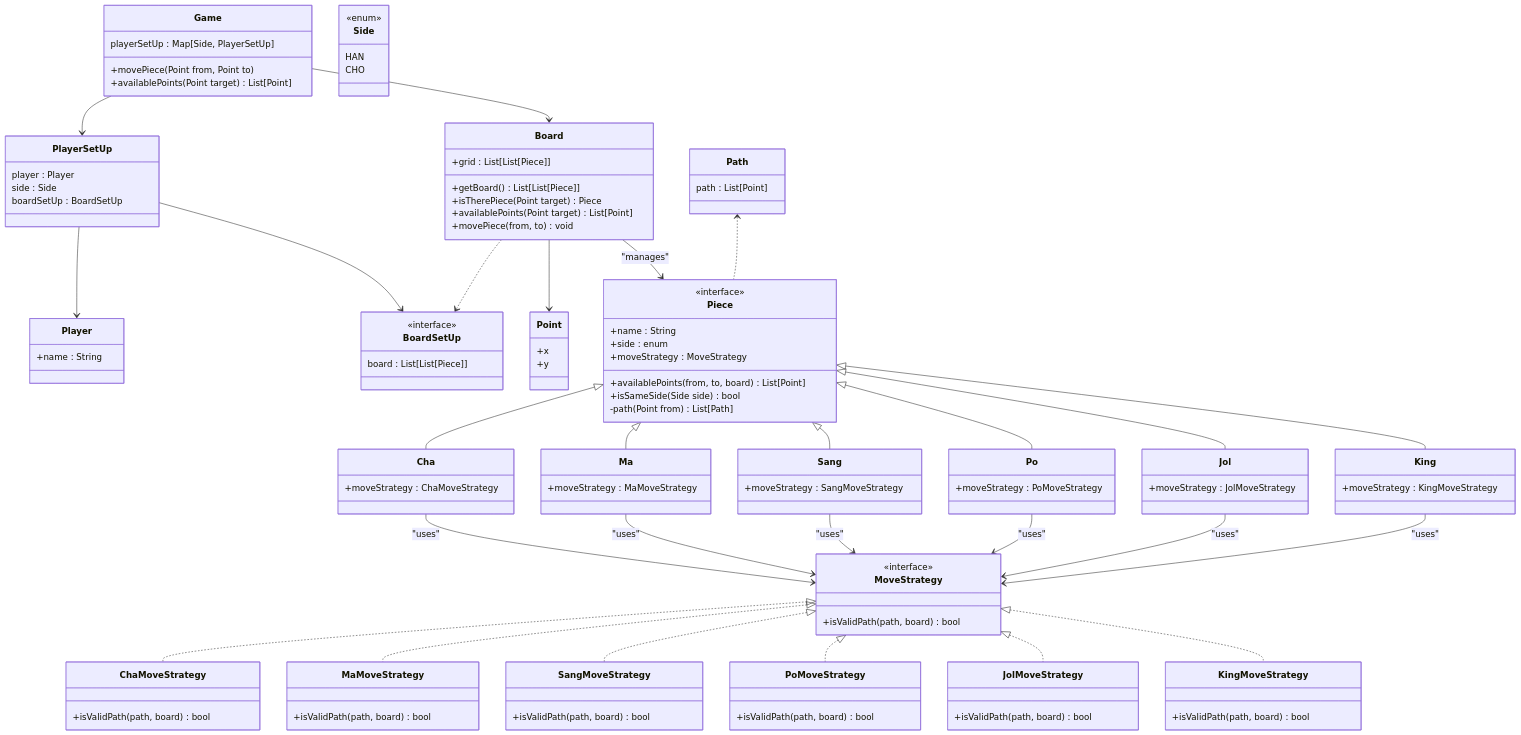
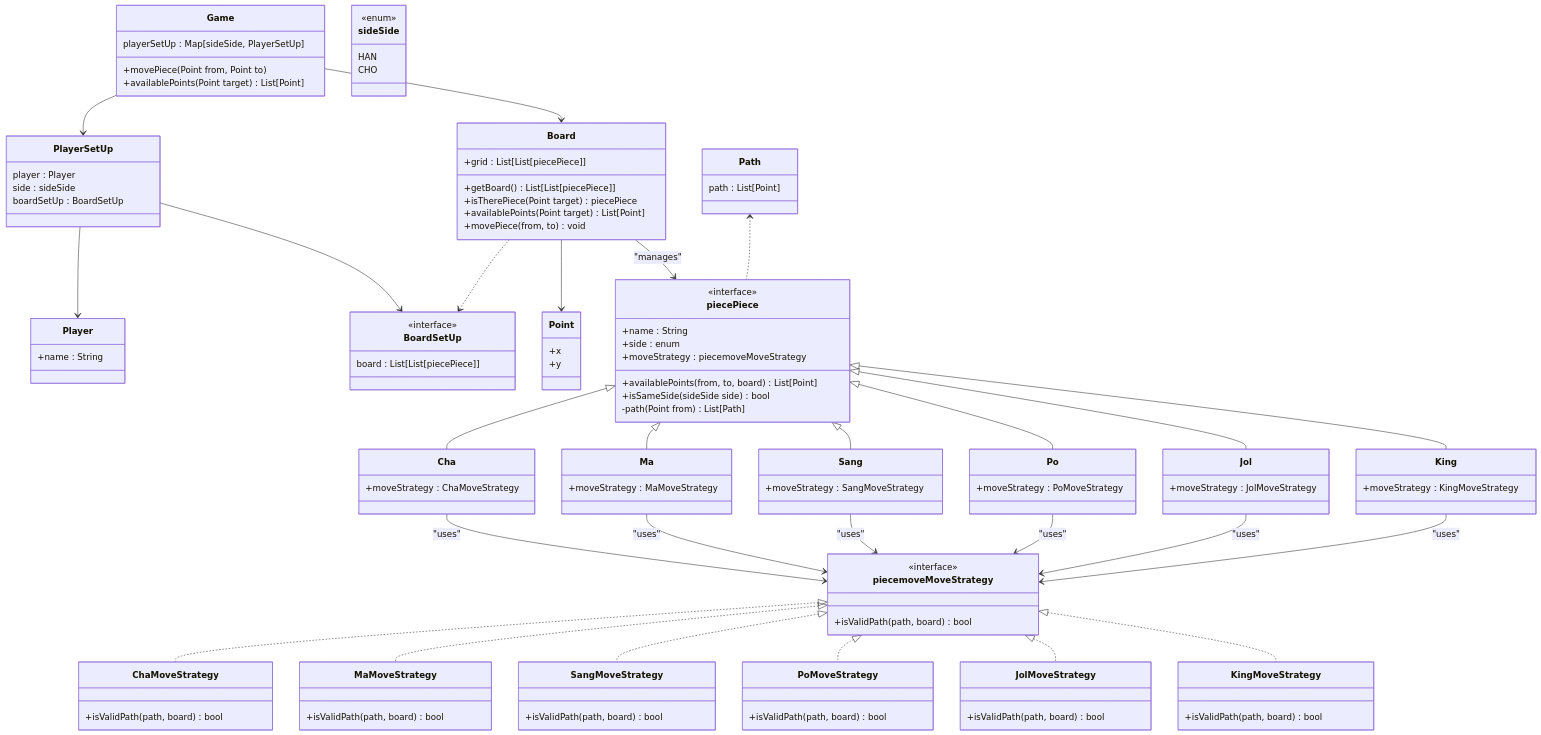
The diagram in README.md (woowacourse/java-janggi), drawn with Mermaid before and after one commit. The commit also changed other lines of this file, not shown here.

````diff
--- a/README.md
+++ b/README.md
@@ -119,14 +119,14 @@
 
     %% 상단: 게임과 전체 구조
     class Game {
-        playerSetUp : Map[Side, PlayerSetUp]
+        playerSetUp : Map[sideSide, PlayerSetUp]
         +movePiece(Point from, Point to)
         +availablePoints(Point target) List[Point]
     }
 
     class PlayerSetUp {
         player : Player
-        side : Side
+        side : sideSide
         boardSetUp : BoardSetUp
     }
 
@@ -136,13 +136,13 @@
 
     class BoardSetUp {
         <<interface>>
-        board : List[List[Piece]]
+        board : List[List[piecePiece]]
     }
 
     class Board {
-        +grid : List[List[Piece]]
-        +getBoard() List[List[Piece]]
-        +isTherePiece(Point target) Piece
+        +grid : List[List[piecePiece]]
+        +getBoard() List[List[piecePiece]]
+        +isTherePiece(Point target) piecePiece
         +availablePoints(Point target) List[Point]
         +movePiece(from, to) void
     }
@@ -156,24 +156,24 @@
         path : List[Point]
     }
 
-    class Side {
+    class sideSide {
         <<enum>>
         HAN
         CHO
     }
 
     %% 중간: 추상 피스 및 전략 구조
-    class Piece {
+    class piecePiece {
         <<interface>>
         +name : String
         +side : enum
-        +moveStrategy : MoveStrategy
+        +moveStrategy : piecemoveMoveStrategy
         +availablePoints(from, to, board) List[Point]
-        +isSameSide(Side side) bool
+        +isSameSide(sideSide side) bool
         -path(Point from) List[Path]
     }
 
-    class MoveStrategy {
+    class piecemoveMoveStrategy {
         <<interface>>
         +isValidPath(path, board) bool
     }
@@ -223,27 +223,27 @@
     PlayerSetUp --> Player
     PlayerSetUp --> BoardSetUp
     Board ..> BoardSetUp
-    Board --> Piece : "manages"
+    Board --> piecePiece : "manages"
     Board --> Point
-    Path <.. Piece
-    Piece <|-- Cha
-    Piece <|-- Ma
-    Piece <|-- Sang
-    Piece <|-- Po
-    Piece <|-- Jol
-    Piece <|-- King
+    Path <.. piecePiece
+    piecePiece <|-- Cha
+    piecePiece <|-- Ma
+    piecePiece <|-- Sang
+    piecePiece <|-- Po
+    piecePiece <|-- Jol
+    piecePiece <|-- King
 
-    Cha --> MoveStrategy : "uses"
-    Ma --> MoveStrategy : "uses"
-    Sang --> MoveStrategy : "uses"
-    Po --> MoveStrategy : "uses"
-    Jol --> MoveStrategy : "uses"
-    King --> MoveStrategy : "uses"
+    Cha --> piecemoveMoveStrategy : "uses"
+    Ma --> piecemoveMoveStrategy : "uses"
+    Sang --> piecemoveMoveStrategy : "uses"
+    Po --> piecemoveMoveStrategy : "uses"
+    Jol --> piecemoveMoveStrategy : "uses"
+    King --> piecemoveMoveStrategy : "uses"
 
-    MoveStrategy <|.. ChaMoveStrategy
-    MoveStrategy <|.. MaMoveStrategy
-    MoveStrategy <|.. SangMoveStrategy
-    MoveStrategy <|.. PoMoveStrategy
-    MoveStrategy <|.. JolMoveStrategy
-    MoveStrategy <|.. KingMoveStrategy
+    piecemoveMoveStrategy <|.. ChaMoveStrategy
+    piecemoveMoveStrategy <|.. MaMoveStrategy
+    piecemoveMoveStrategy <|.. SangMoveStrategy
+    piecemoveMoveStrategy <|.. PoMoveStrategy
+    piecemoveMoveStrategy <|.. JolMoveStrategy
+    piecemoveMoveStrategy <|.. KingMoveStrategy
 ```
````
